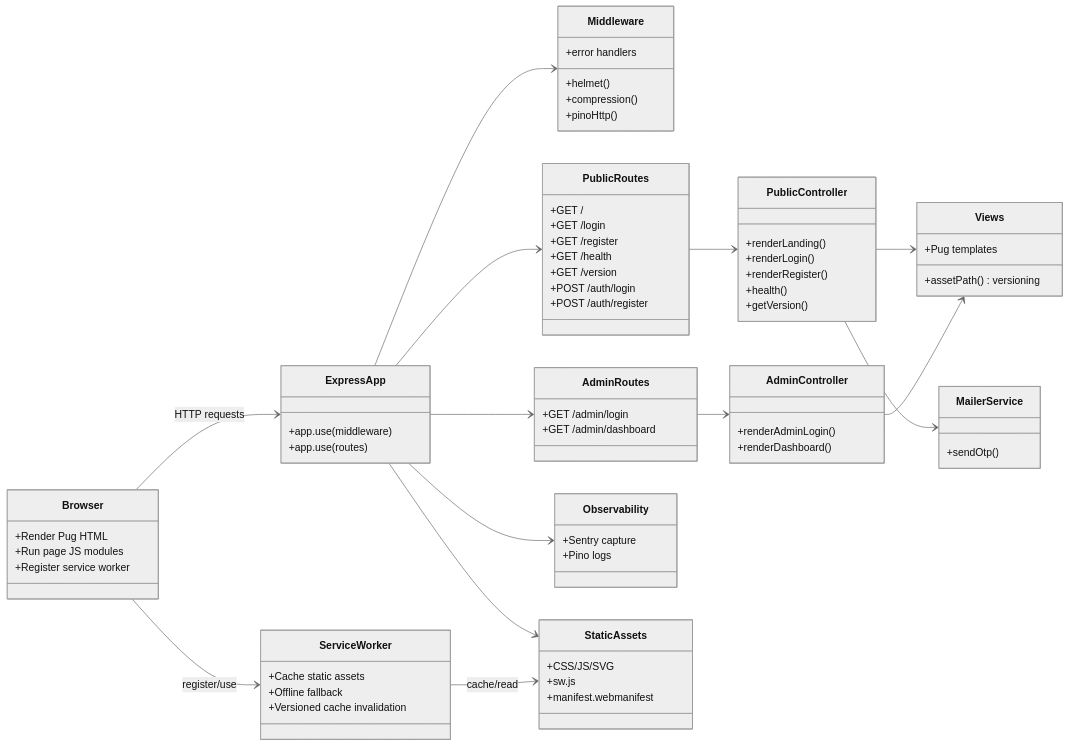
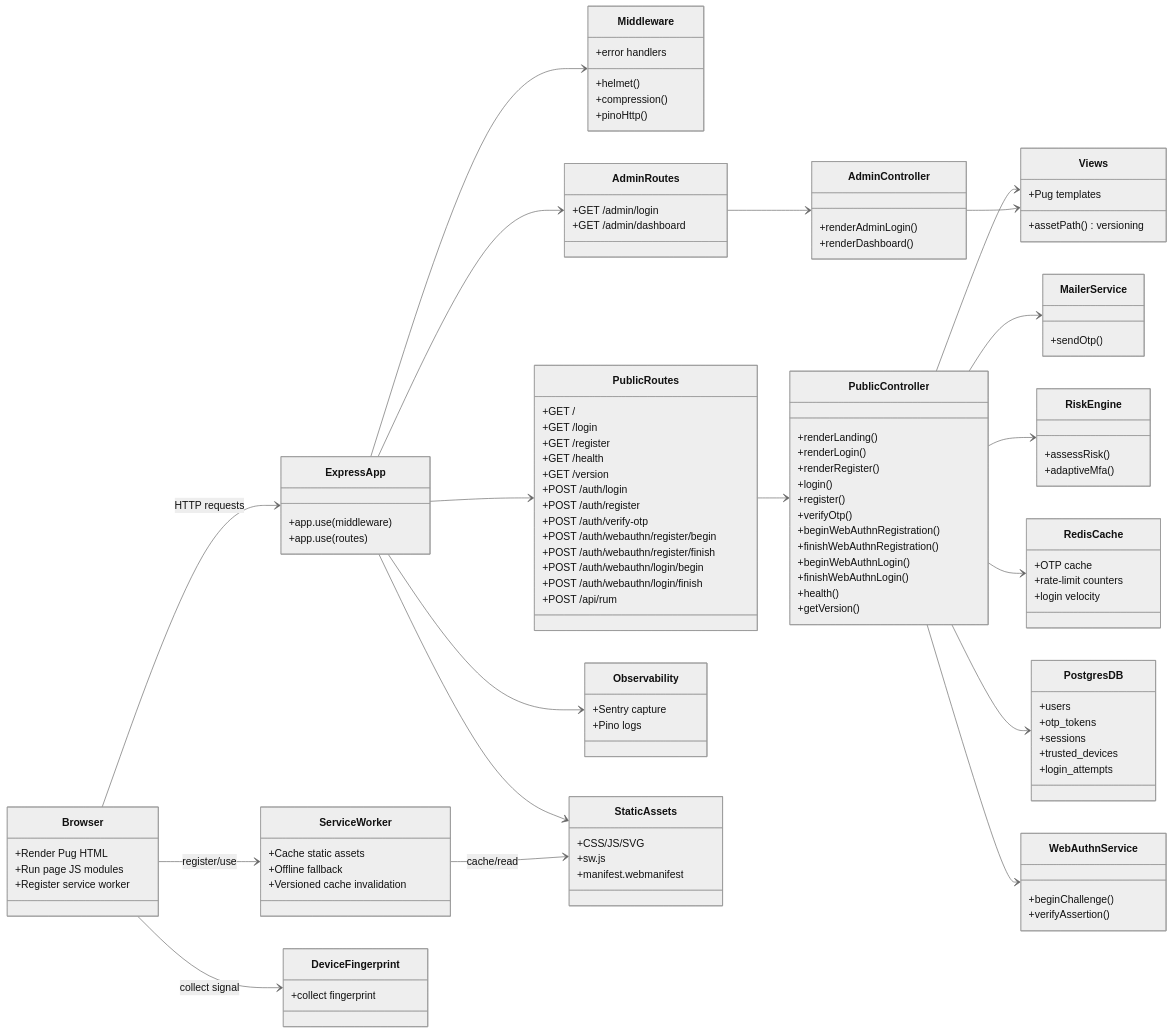
Before and after one commit to CEPHAS20K/SSR-Secure-login-framework: the first of 2 diagrams in README.md, drawn with Mermaid (neutral theme). The commit also changed other lines of this file and 2 other files, not shown here.

Commit message:
Update UML and sequence diagrams for auth security

```diff
--- a/README.md
+++ b/README.md
@@ -54,6 +54,12 @@
   +GET /version
   +POST /auth/login
   +POST /auth/register
+  +POST /auth/verify-otp
+  +POST /auth/webauthn/register/begin
+  +POST /auth/webauthn/register/finish
+  +POST /auth/webauthn/login/begin
+  +POST /auth/webauthn/login/finish
+  +POST /api/rum
 }
 
 class AdminRoutes {
@@ -65,6 +71,13 @@
   +renderLanding()
   +renderLogin()
   +renderRegister()
+  +login()
+  +register()
+  +verifyOtp()
+  +beginWebAuthnRegistration()
+  +finishWebAuthnRegistration()
+  +beginWebAuthnLogin()
+  +finishWebAuthnLogin()
   +health()
   +getVersion()
 }
@@ -76,6 +89,34 @@
 
 class MailerService {
   +sendOtp()
+}
+
+class RiskEngine {
+  +assessRisk()
+  +adaptiveMfa()
+}
+
+class RedisCache {
+  +OTP cache
+  +rate-limit counters
+  +login velocity
+}
+
+class PostgresDB {
+  +users
+  +otp_tokens
+  +sessions
+  +trusted_devices
+  +login_attempts
+}
+
+class WebAuthnService {
+  +beginChallenge()
+  +verifyAssertion()
+}
+
+class DeviceFingerprint {
+  +collect fingerprint
 }
 
 class Observability {
@@ -96,6 +137,7 @@
 
 Browser --> ExpressApp : HTTP requests
 Browser --> ServiceWorker : register/use
+Browser --> DeviceFingerprint : collect signal
 ExpressApp --> Middleware
 ExpressApp --> PublicRoutes
 ExpressApp --> AdminRoutes
@@ -104,6 +146,10 @@
 PublicController --> Views
 AdminController --> Views
 PublicController --> MailerService
+PublicController --> RiskEngine
+PublicController --> RedisCache
+PublicController --> PostgresDB
+PublicController --> WebAuthnService
 ExpressApp --> StaticAssets
 ExpressApp --> Observability
 ServiceWorker --> StaticAssets : cache/read
```
